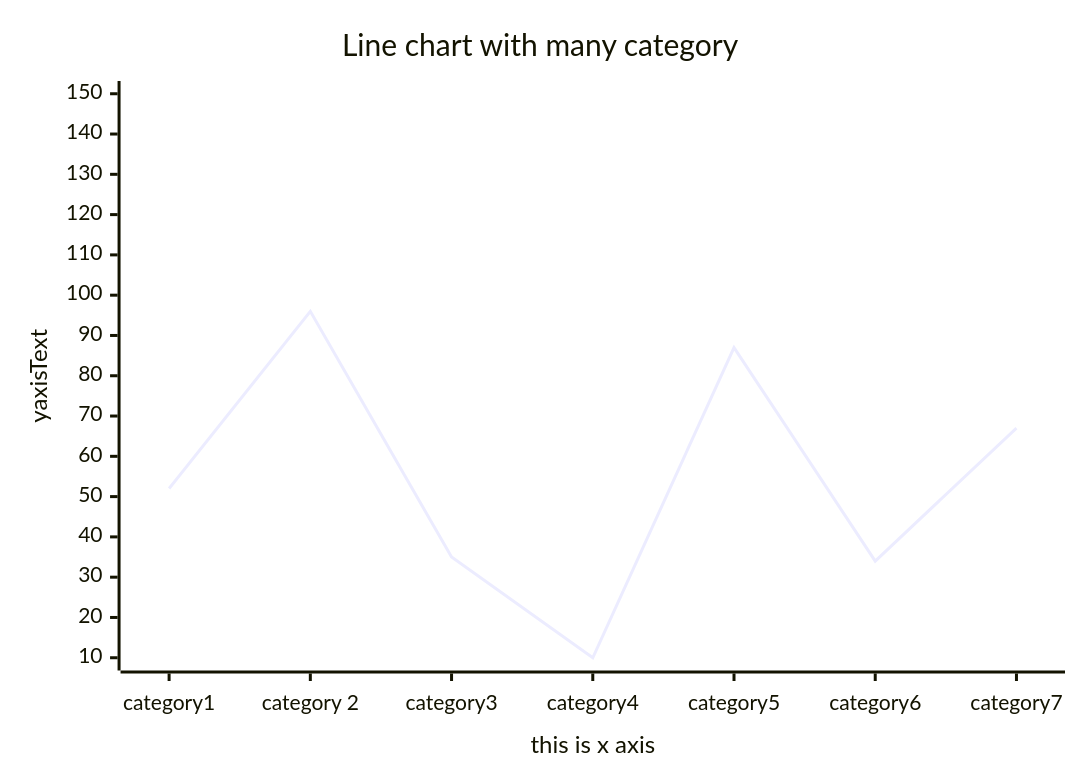
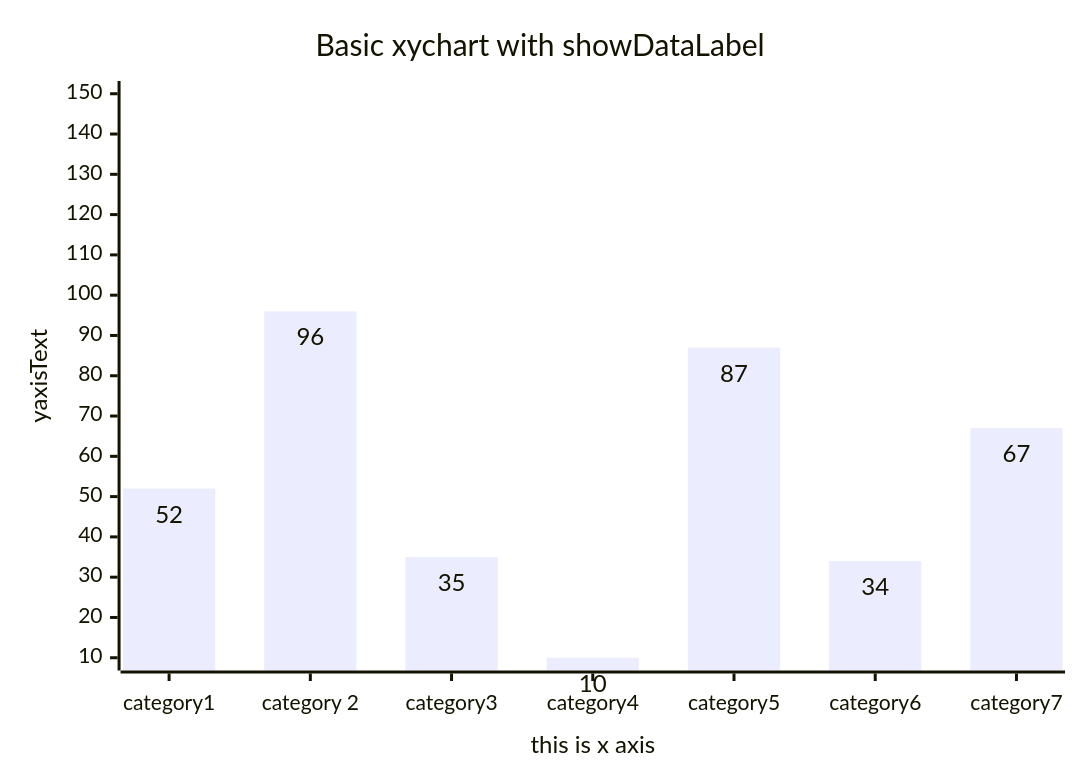
Before and after one commit to creadri/sebastianjs: the diagram in samples/mermaid-demos/xychart__6.mmd, drawn with Mermaid. The commit also changed 86 other files, not shown here.

```diff
--- a/samples/mermaid-demos/xychart__6.mmd
+++ b/samples/mermaid-demos/xychart__6.mmd
@@ -1,5 +1,10 @@
+---
+config:
+  xyChart:
+    showDataLabel: true
+---
 xychart
-title "Line chart with many category"
+title "Basic xychart with showDataLabel"
 x-axis "this is x axis" [category1, "category 2", category3, category4, category5, category6, category7]
 y-axis yaxisText 10 --> 150
-line "sample line" [52, 96, 35, 10, 87, 34, 67, 99]
+bar "sample bar" [52, 96, 35, 10, 87, 34, 67, 99]
```
